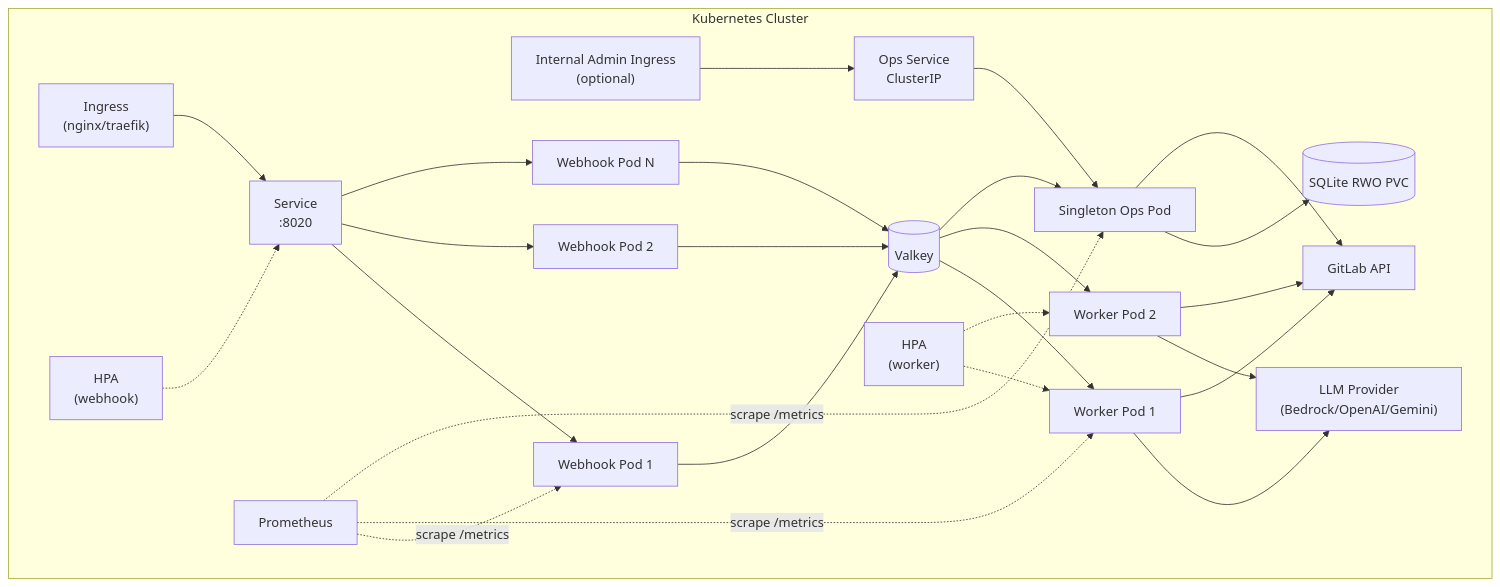
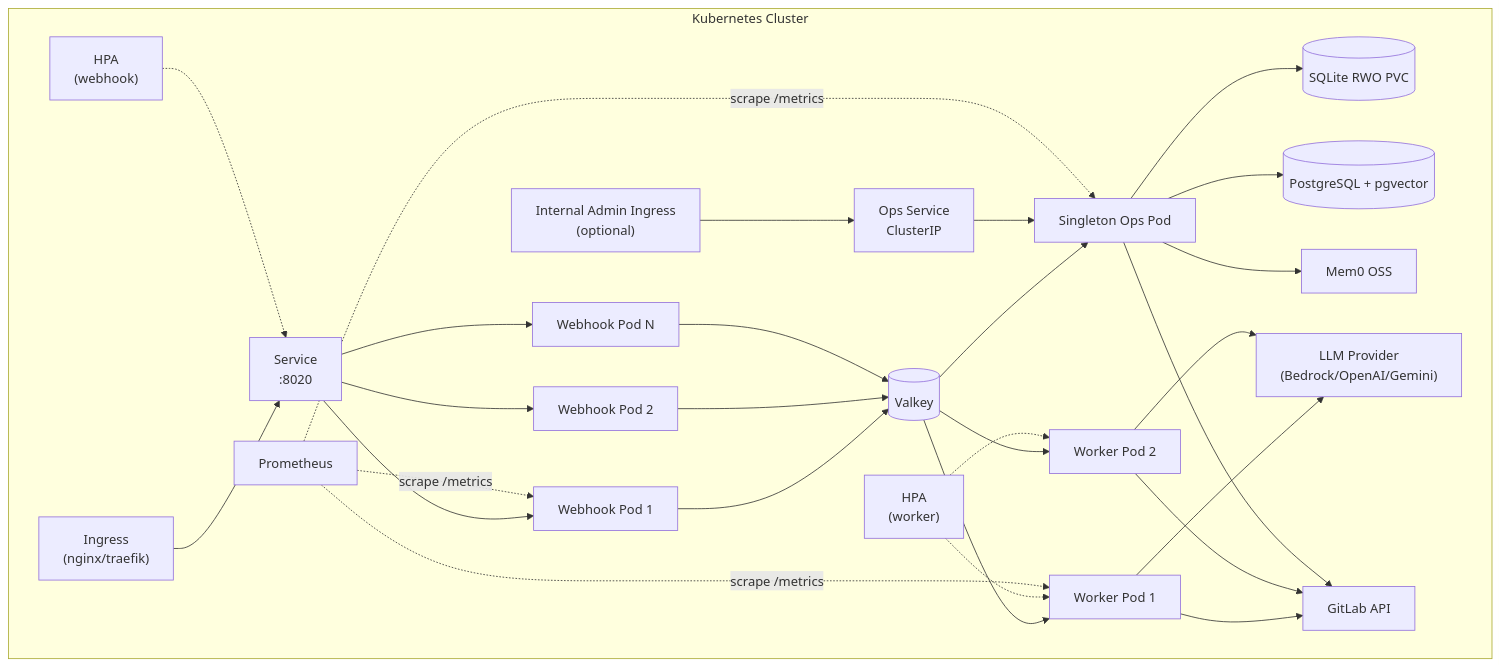
The diagram in docs/plans/backlog/production-hardening-plan.md (elis-salobehaj/code-smith), drawn with Mermaid before and after one commit. The commit also changed other lines of this file and 7 other files, not shown here.

````diff
--- a/docs/plans/backlog/production-hardening-plan.md
+++ b/docs/plans/backlog/production-hardening-plan.md
@@ -115,34 +115,36 @@
 ```mermaid
 flowchart TD
   subgraph "Kubernetes Cluster"
     Ingress["Ingress\n(nginx/traefik)"] --> WebhookSvc["Service\n:8020"]
     AdminIngress["Internal Admin Ingress\n(optional)"] --> OpsSvc["Ops Service\nClusterIP"]
     WebhookSvc --> Webhook1["Webhook Pod 1"]
     WebhookSvc --> Webhook2["Webhook Pod 2"]
     WebhookSvc --> WebhookN["Webhook Pod N"]
     
     Webhook1 --> Valkey[(Valkey)]
     Webhook2 --> Valkey
     WebhookN --> Valkey
     
     Valkey --> Worker1["Worker Pod 1"]
     Valkey --> Worker2["Worker Pod 2"]
     Valkey --> Ops["Singleton Ops Pod"]
-    Ops --> LearningDB[(SQLite RWO PVC)]
+    Ops --> AnalyticsDB[(SQLite RWO PVC)]
+    Ops --> MemoryDB[(PostgreSQL + pgvector)]
+    Ops --> Mem0[Mem0 OSS]
     
     Worker1 --> LLM["LLM Provider\n(Bedrock/OpenAI/Gemini)"]
     Worker2 --> LLM
     Worker1 --> GitLab["GitLab API"]
     Worker2 --> GitLab
     Ops --> GitLab
     OpsSvc --> Ops
     
     HPA1["HPA\n(webhook)"] -.-> WebhookSvc
     HPA2["HPA\n(worker)"] -.-> Worker1
     HPA2 -.-> Worker2
     
     Prometheus["Prometheus"] -.->|scrape /metrics| Webhook1
     Prometheus -.->|scrape /metrics| Worker1
     Prometheus -.->|scrape /metrics| Ops
   end
 ```
````
